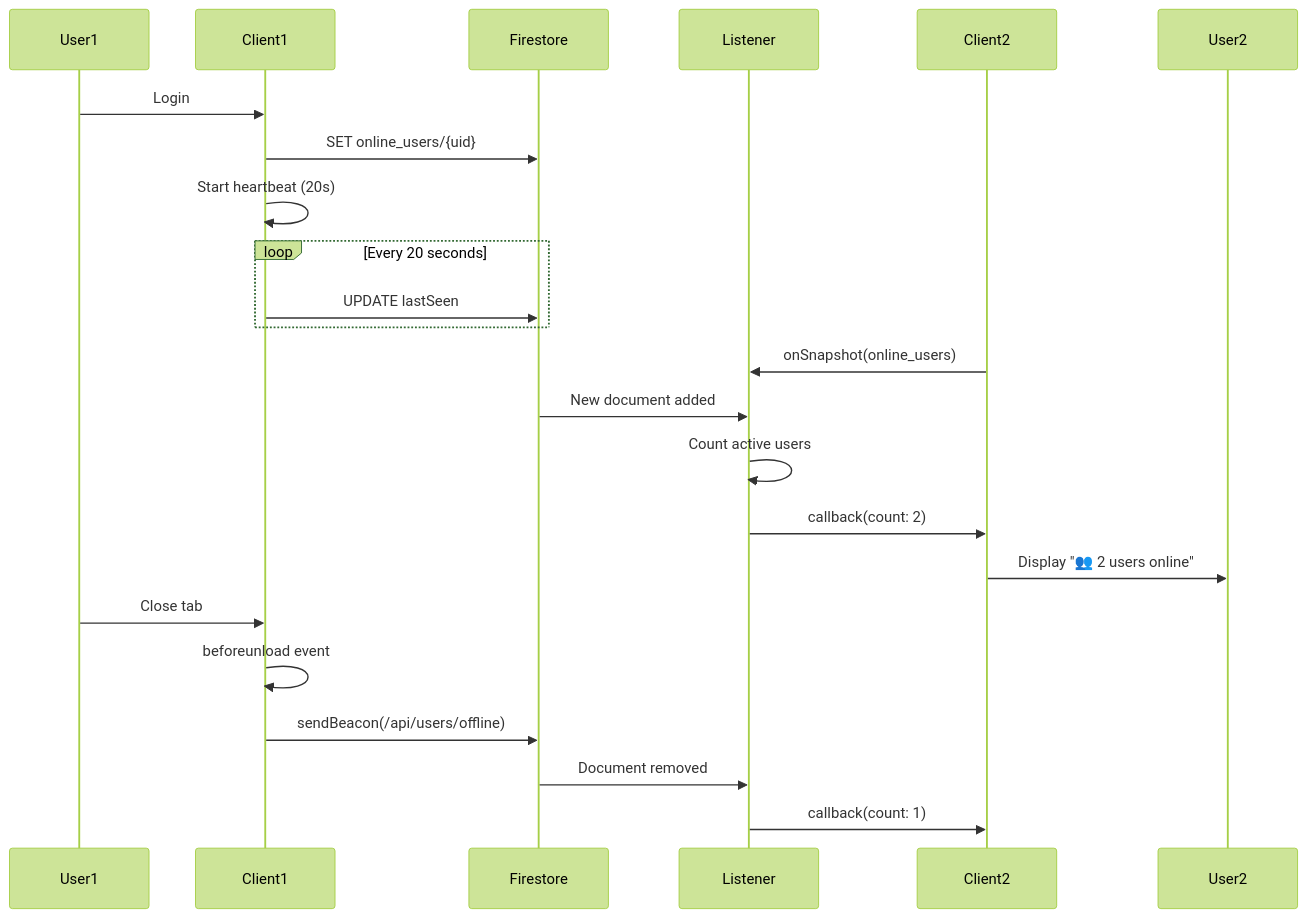
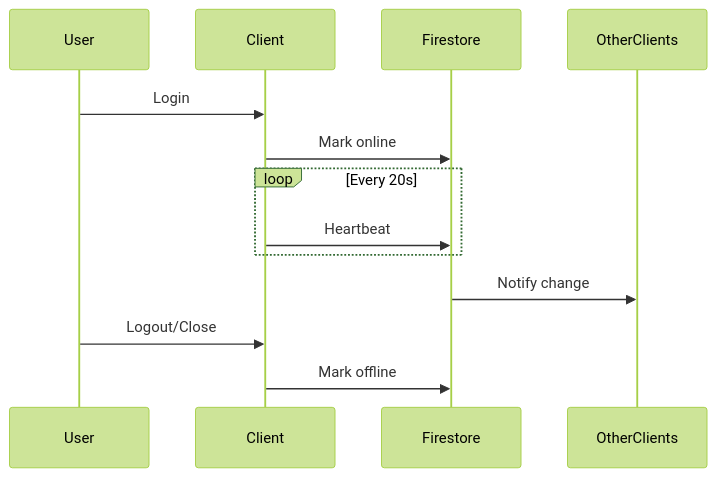
One commit to nvtank/AI_Assistant_DN changed the fourth of 5 diagrams in docs/diagrams/09-Realtime-Architecture.md. Above: the diagram before and after it, drawn with Mermaid (forest theme). The commit also changed other lines of this file, not shown here.

First line of the commit message:
♻️ Simplify real-time architecture diagrams

````diff
--- a/docs/diagrams/09-Realtime-Architecture.md
+++ b/docs/diagrams/09-Realtime-Architecture.md
@@ -407,30 +344,14 @@
 ```mermaid
 sequenceDiagram
-    participant User1
-    participant Client1
-    participant Firestore
-    participant Listener
-    participant Client2
-    participant User2
-
-    User1->>Client1: Login
-    Client1->>Firestore: SET online_users/{uid}
-    Client1->>Client1: Start heartbeat (20s)
+    User->>Client: Login
+    Client->>Firestore: Mark online
     
-    loop Every 20 seconds
-        Client1->>Firestore: UPDATE lastSeen
+    loop Every 20s
+        Client->>Firestore: Heartbeat
     end
     
-    Client2->>Listener: onSnapshot(online_users)
+    Firestore->>OtherClients: Notify change
     
-    Firestore->>Listener: New document added
-    Listener->>Listener: Count active users
-    Listener->>Client2: callback(count: 2)
-    Client2->>User2: Display "👥 2 users online"
-    
-    User1->>Client1: Close tab
-    Client1->>Client1: beforeunload event
-    Client1->>Firestore: sendBeacon(/api/users/offline)
-    Firestore->>Listener: Document removed
-    Listener->>Client2: callback(count: 1)
+    User->>Client: Logout/Close
+    Client->>Firestore: Mark offline
 ```
````
